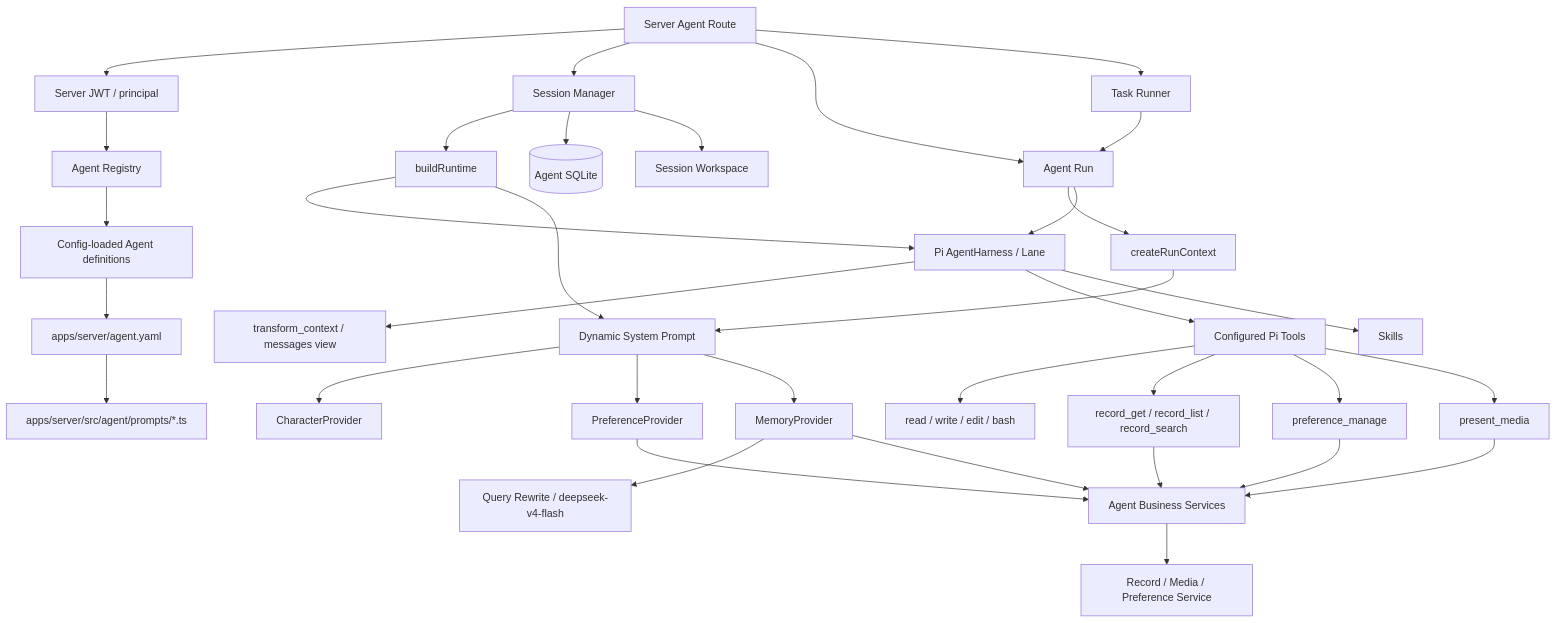
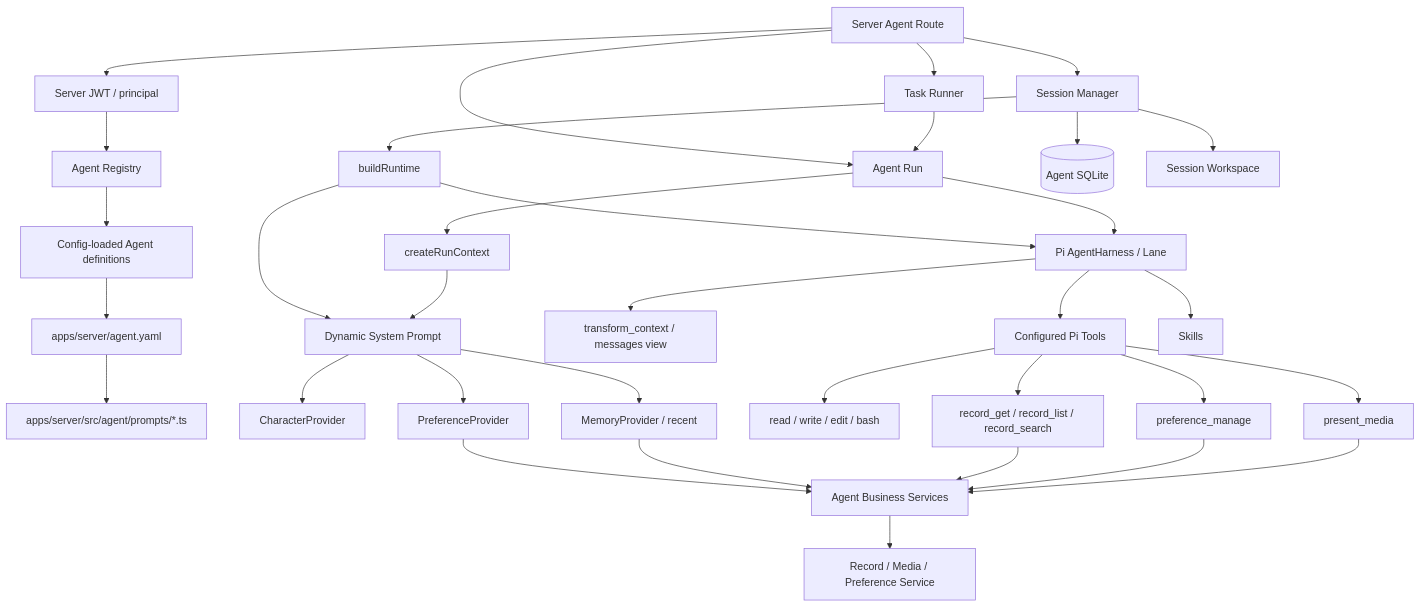
The diagram in docs/architecture/agent-runtime.md (huiru-wang/fanto), drawn with Mermaid before and after one commit. The commit also changed other lines of this file and 43 other files, not shown here.

Commit message:
feat: optimize recent memory and media handling

````diff
--- a/docs/architecture/agent-runtime.md
+++ b/docs/architecture/agent-runtime.md
@@ -7,40 +7,39 @@
 ```mermaid
 flowchart TD
   HTTP[Server Agent Route] --> AUTH[Server JWT / principal]
   AUTH --> REG[Agent Registry]
   HTTP --> SM[Session Manager]
   HTTP --> RUN[Agent Run]
   HTTP --> TR[Task Runner]
   TR --> RUN
   REG --> DEF[Config-loaded Agent definitions]
   DEF --> YAML[apps/server/agent.yaml]
   YAML --> PROMPTS[apps/server/src/agent/prompts/*.ts]
 
   SM --> HARNESS[buildRuntime]
   HARNESS --> PI[Pi AgentHarness / Lane]
   SM --> DB[(Agent SQLite)]
   SM --> WS[Session Workspace]
 
   RUN --> RC[createRunContext]
   HARNESS --> SP[Dynamic System Prompt]
   RC --> SP
   SP --> CHAR[CharacterProvider]
   SP --> PREF[PreferenceProvider]
-  SP --> MEM[MemoryProvider]
+  SP --> MEM[MemoryProvider / recent]
   PREF --> B[Agent Business Services]
-  MEM --> QR[Query Rewrite / deepseek-v4-flash]
   MEM --> B
   RUN --> PI
   PI --> TC[transform_context / messages view]
 
   PI --> TOOLS[Configured Pi Tools]
   TOOLS --> BUILTIN[read / write / edit / bash]
   TOOLS --> RECORD[record_get / record_list / record_search]
   TOOLS --> PM[preference_manage]
   TOOLS --> PRESENT[present_media]
   RECORD --> B
   PM --> B
   PRESENT --> B
   B --> SERVICE[Record / Media / Preference Service]
   PI --> SKILLS[Skills]
 ```
````
